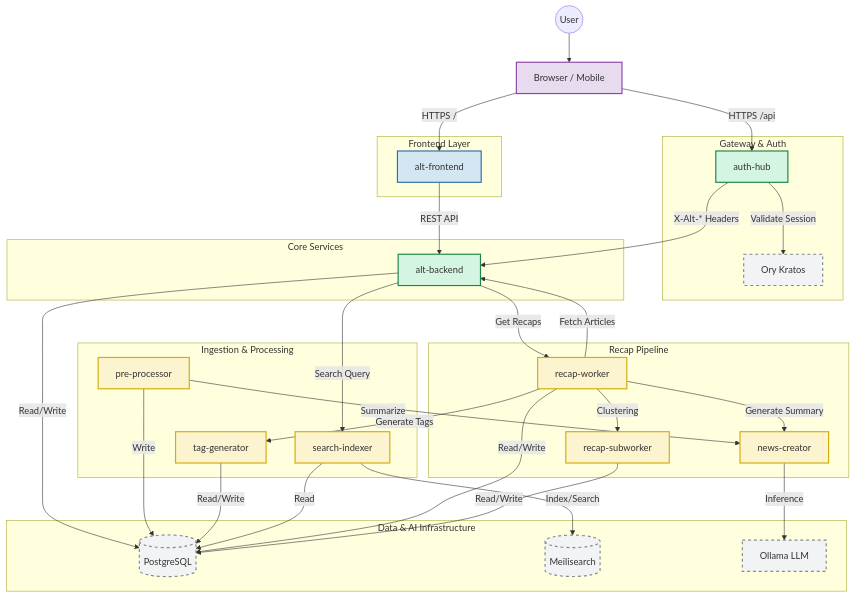
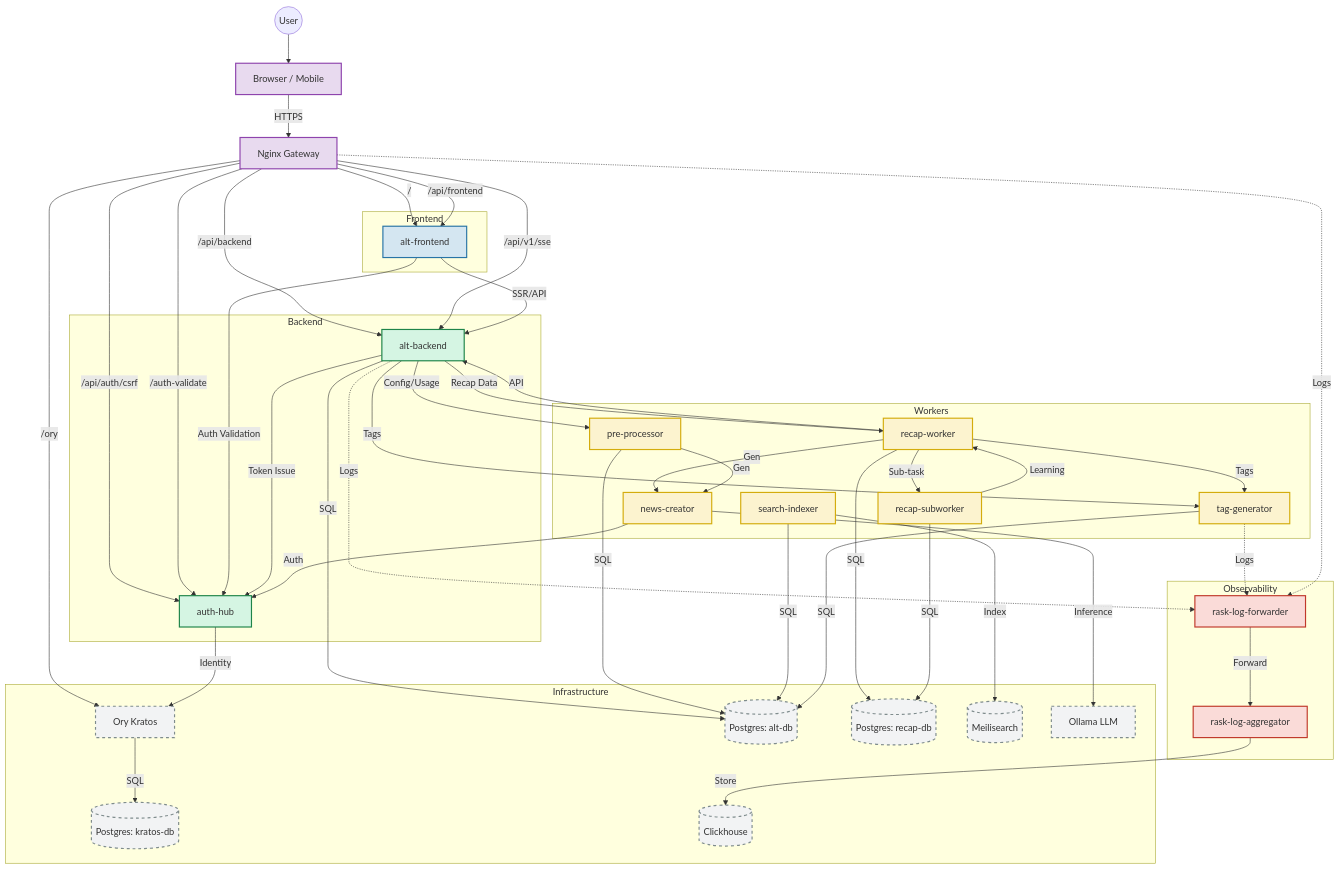
The fourth of 7 diagrams in README.md (Kaikei-e/Alt), drawn with Mermaid before and after one commit.

Commit message:
Refine README.md

````diff
--- a/README.md
+++ b/README.md
@@ -190,80 +190,108 @@
     %% Nodes
     User((User))
     Browser[Browser / Mobile]
+    Nginx[Nginx Gateway]
 
-    subgraph "Frontend Layer"
+    subgraph Frontend
         AltFrontend[alt-frontend]
     end
 
-    subgraph "Gateway & Auth"
+    subgraph Backend
+        AltBackend[alt-backend]
         AuthHub[auth-hub]
-        Kratos[Ory Kratos]
     end
 
-    subgraph "Core Services"
-        AltBackend[alt-backend]
+    subgraph Workers
+        NewsCreator[news-creator]
+        RecapWorker[recap-worker]
+        RecapSubworker[recap-subworker]
+        PreProcessor[pre-processor]
+        SearchIndexer[search-indexer]
+        TagGenerator[tag-generator]
     end
 
-    subgraph "Ingestion & Processing"
-        PreProcessor[pre-processor]
-        TagGenerator[tag-generator]
-        SearchIndexer[search-indexer]
+    subgraph Infrastructure
+        Kratos[Ory Kratos]
+        KratosDB[(Postgres: kratos-db)]
+        AltDB[(Postgres: alt-db)]
+        RecapDB[(Postgres: recap-db)]
+        Meilisearch[(Meilisearch)]
+        Ollama[Ollama LLM]
+        Clickhouse[(Clickhouse)]
     end
 
-    subgraph "Recap Pipeline"
-        RecapWorker[recap-worker]
-        RecapSubworker[recap-subworker]
-        NewsCreator[news-creator]
+    subgraph Observability
+        RaskForwarder[rask-log-forwarder]
+        RaskAggregator[rask-log-aggregator]
     end
 
-    subgraph "Data & AI Infrastructure"
-        Postgres[(PostgreSQL)]
-        Meilisearch[(Meilisearch)]
-        Ollama[Ollama LLM]
-    end
+    %% External Access
+    User --> Browser
+    Browser -->|HTTPS| Nginx
 
-    %% Edges
-    User --> Browser
-    Browser -->|HTTPS /| AltFrontend
-    Browser -->|HTTPS /api| AuthHub
+    %% Nginx Routing
+    Nginx -->|/| AltFrontend
+    Nginx -->|/api/frontend| AltFrontend
+    Nginx -->|/api/backend| AltBackend
+    Nginx -->|/api/v1/sse| AltBackend
+    Nginx -->|/ory| Kratos
+    Nginx -->|/api/auth/csrf| AuthHub
+    Nginx -->|/auth-validate| AuthHub
 
-    AltFrontend -->|REST API| AltBackend
+    %% Frontend Interactions
+    AltFrontend -->|SSR/API| AltBackend
+    AltFrontend -->|Auth Validation| AuthHub
 
-    AuthHub -->|Validate Session| Kratos
-    AuthHub -->|X-Alt-* Headers| AltBackend
+    %% Backend Interactions
+    AltBackend -->|SQL| AltDB
+    AltBackend -->|Token Issue| AuthHub
+    AltBackend -->|Config/Usage| PreProcessor
+    AltBackend -->|Recap Data| RecapWorker
+    AltBackend -->|Tags| TagGenerator
 
-    AltBackend -->|Read/Write| Postgres
-    AltBackend -->|Search Query| SearchIndexer
-    AltBackend -->|Get Recaps| RecapWorker
+    %% Worker Interactions
+    NewsCreator -->|Inference| Ollama
+    NewsCreator -->|Auth| AuthHub
 
-    PreProcessor -->|Summarize| NewsCreator
-    PreProcessor -->|Write| Postgres
+    RecapWorker -->|SQL| RecapDB
+    RecapWorker -->|Gen| NewsCreator
+    RecapWorker -->|Sub-task| RecapSubworker
+    RecapWorker -->|API| AltBackend
+    RecapWorker -->|Tags| TagGenerator
 
-    TagGenerator -->|Read/Write| Postgres
+    RecapSubworker -->|SQL| RecapDB
+    RecapSubworker -->|Learning| RecapWorker
 
-    SearchIndexer -->|Read| Postgres
-    SearchIndexer -->|Index/Search| Meilisearch
+    PreProcessor -->|SQL| AltDB
+    PreProcessor -->|Gen| NewsCreator
 
-    RecapWorker -->|Fetch Articles| AltBackend
-    RecapWorker -->|Generate Summary| NewsCreator
-    RecapWorker -->|Clustering| RecapSubworker
-    RecapWorker -->|Generate Tags| TagGenerator
-    RecapWorker -->|Read/Write| Postgres
+    SearchIndexer -->|SQL| AltDB
+    SearchIndexer -->|Index| Meilisearch
 
-    RecapSubworker -->|Read/Write| Postgres
+    TagGenerator -->|SQL| AltDB
 
-    NewsCreator -->|Inference| Ollama
+    AuthHub -->|Identity| Kratos
+    Kratos -->|SQL| KratosDB
 
-    %% Styling
+    %% Observability Flows
+    AltBackend -.->|Logs| RaskForwarder
+    TagGenerator -.->|Logs| RaskForwarder
+    Nginx -.->|Logs| RaskForwarder
+    RaskForwarder -->|Forward| RaskAggregator
+    RaskAggregator -->|Store| Clickhouse
+
+    %% Styles
     classDef frontend fill:#d4e6f1,stroke:#2874a6,stroke-width:2px;
     classDef backend fill:#d5f5e3,stroke:#1e8449,stroke-width:2px;
     classDef worker fill:#fcf3cf,stroke:#d4ac0d,stroke-width:2px;
     classDef infra fill:#f2f3f4,stroke:#7f8c8d,stroke-width:2px,stroke-dasharray: 5 5;
     classDef gateway fill:#e8daef,stroke:#8e44ad,stroke-width:2px;
+    classDef observability fill:#fadbd8,stroke:#c0392b,stroke-width:2px;
 
     class AltFrontend frontend;
     class AltBackend,AuthHub backend;
     class NewsCreator,RecapWorker,RecapSubworker,PreProcessor,SearchIndexer,TagGenerator worker;
-    class Kratos,Postgres,Meilisearch,Ollama infra;
-    class Browser gateway;
+    class Kratos,KratosDB,AltDB,RecapDB,Meilisearch,Ollama,Clickhouse infra;
+    class Nginx,Browser gateway;
+    class RaskForwarder,RaskAggregator observability;
 ```
````
